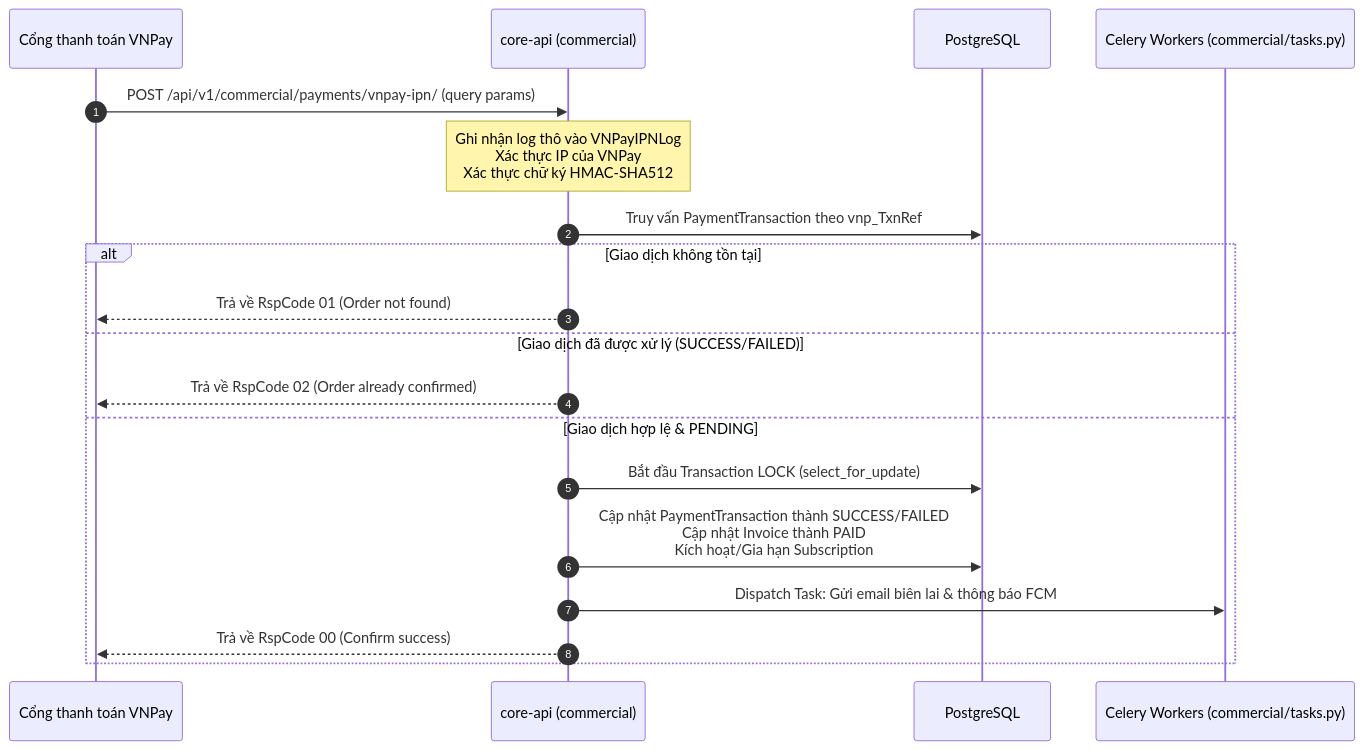
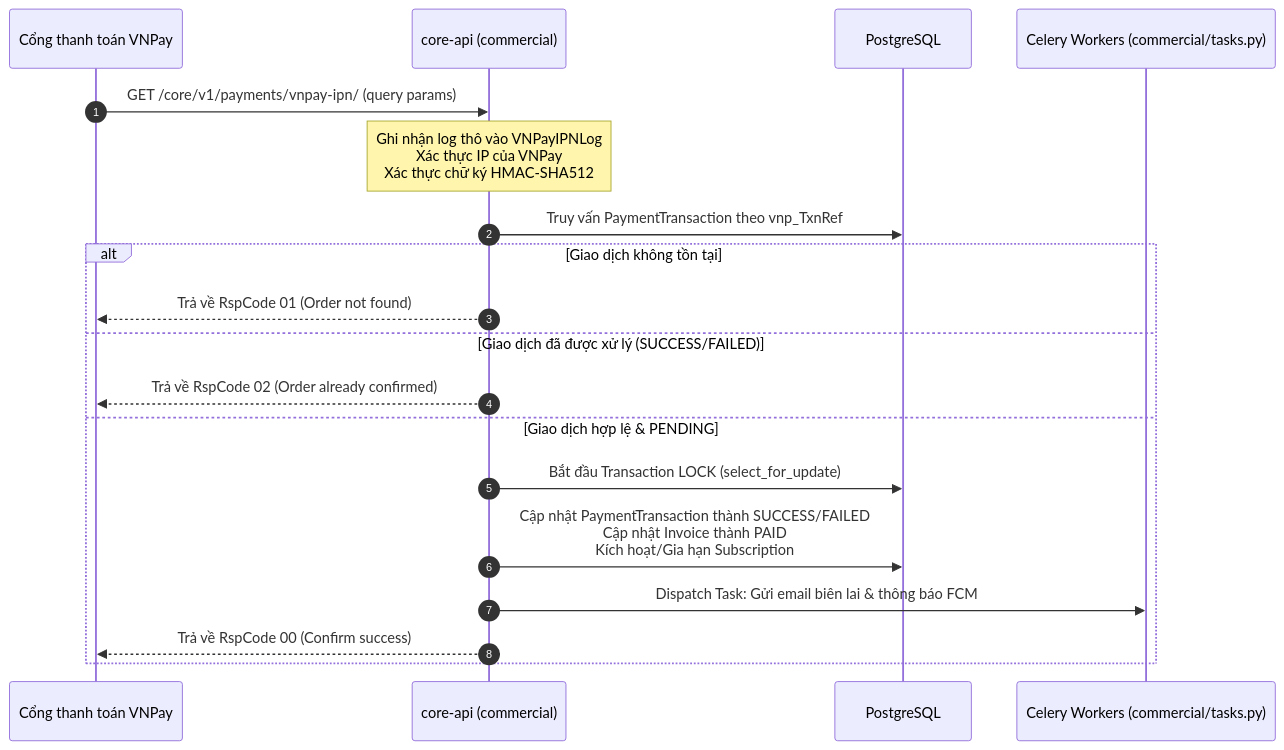
One commit to vietdungiitb/vninvest changed the second of 4 diagrams in docs/detailed_designs/SYSTEM_DETAILED_DESIGN_20260528.md. Above: the diagram before and after it, drawn with Mermaid. The commit also changed other lines of this file and 58 other files, not shown here.

````diff
--- a/docs/detailed_designs/SYSTEM_DETAILED_DESIGN_20260528.md
+++ b/docs/detailed_designs/SYSTEM_DETAILED_DESIGN_20260528.md
@@ -49,22 +52,22 @@
 ```mermaid
 sequenceDiagram
     autonumber
     participant VNPay as Cổng thanh toán VNPay
     participant BE as core-api (commercial)
     participant DB as PostgreSQL
     participant Celery as Celery Workers (commercial/tasks.py)
-    
-    VNPay->>BE: POST /api/v1/commercial/payments/vnpay-ipn/ (query params)
+
+    VNPay->>BE: GET /core/v1/payments/vnpay-ipn/ (query params)
     Note over BE: Ghi nhận log thô vào VNPayIPNLog<br/>Xác thực IP của VNPay<br/>Xác thực chữ ký HMAC-SHA512
     BE->>DB: Truy vấn PaymentTransaction theo vnp_TxnRef
     alt Giao dịch không tồn tại
         BE-->>VNPay: Trả về RspCode 01 (Order not found)
     else Giao dịch đã được xử lý (SUCCESS/FAILED)
         BE-->>VNPay: Trả về RspCode 02 (Order already confirmed)
     else Giao dịch hợp lệ & PENDING
         BE->>DB: Bắt đầu Transaction LOCK (select_for_update)
         BE->>DB: Cập nhật PaymentTransaction thành SUCCESS/FAILED<br/>Cập nhật Invoice thành PAID<br/>Kích hoạt/Gia hạn Subscription
         BE->>Celery: Dispatch Task: Gửi email biên lai & thông báo FCM
         BE-->>VNPay: Trả về RspCode 00 (Confirm success)
     end
 ```
````
